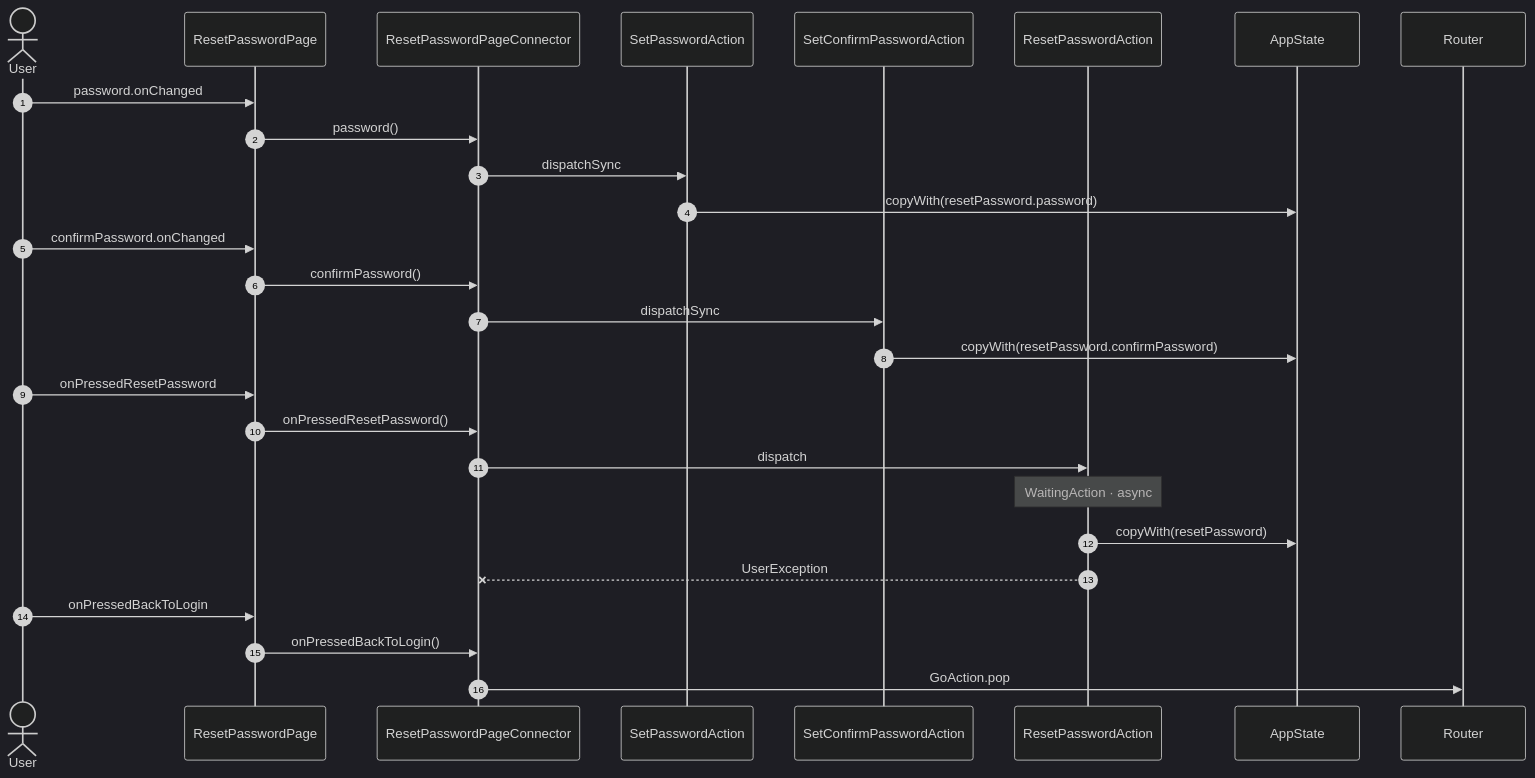
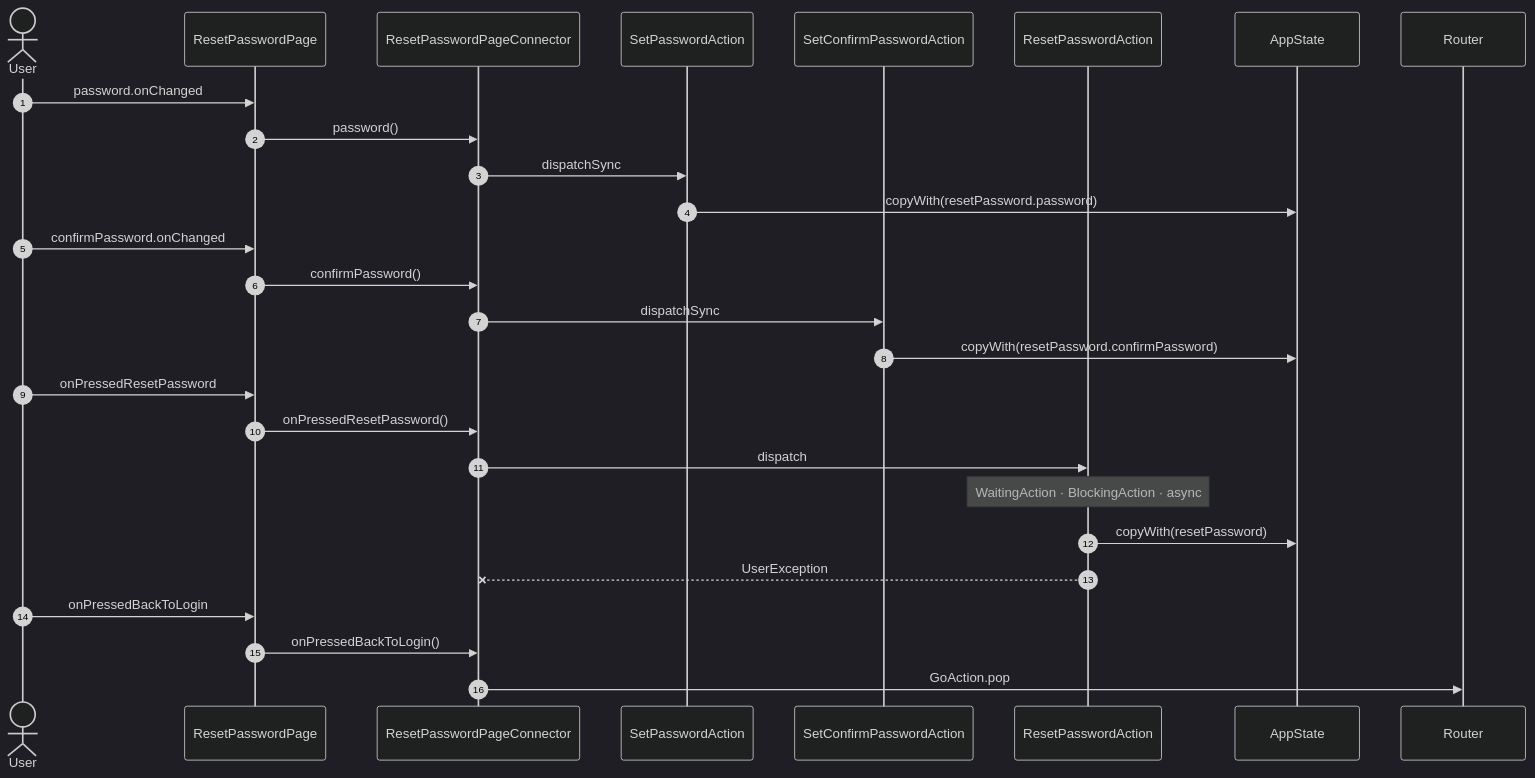
Before and after one commit to pro100andrey/flutter_redux_templates: the diagram in docs/flows/resetPassword.md, drawn with Mermaid (dark theme). The commit also changed 14 other files, not shown here.

````diff
--- a/docs/flows/resetPassword.md
+++ b/docs/flows/resetPassword.md
@@ -7,33 +7,33 @@
 ```mermaid
 sequenceDiagram
     autonumber
     actor User
     participant UI as ResetPasswordPage
     participant VM as ResetPasswordPageConnector
     participant A1 as SetPasswordAction
     participant A2 as SetConfirmPasswordAction
     participant A3 as ResetPasswordAction
     participant ST as AppState
     participant NAV as Router
 
     User->>UI: password.onChanged
     UI->>VM: password()
     VM->>A1: dispatchSync
     A1->>ST: copyWith(resetPassword.password)
 
     User->>UI: confirmPassword.onChanged
     UI->>VM: confirmPassword()
     VM->>A2: dispatchSync
     A2->>ST: copyWith(resetPassword.confirmPassword)
 
     User->>UI: onPressedResetPassword
     UI->>VM: onPressedResetPassword()
     VM->>A3: dispatch
-    Note over A3: WaitingAction · async
+    Note over A3: WaitingAction · BlockingAction · async
     A3->>ST: copyWith(resetPassword)
     A3--xVM: UserException
 
     User->>UI: onPressedBackToLogin
     UI->>VM: onPressedBackToLogin()
     VM->>NAV: GoAction.pop
 ```
````
